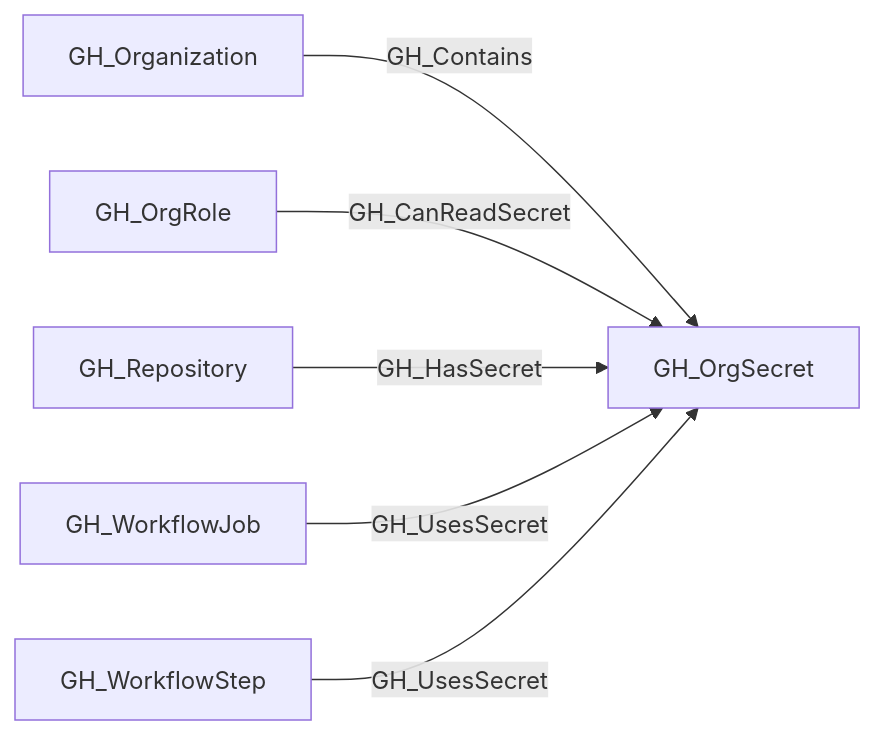
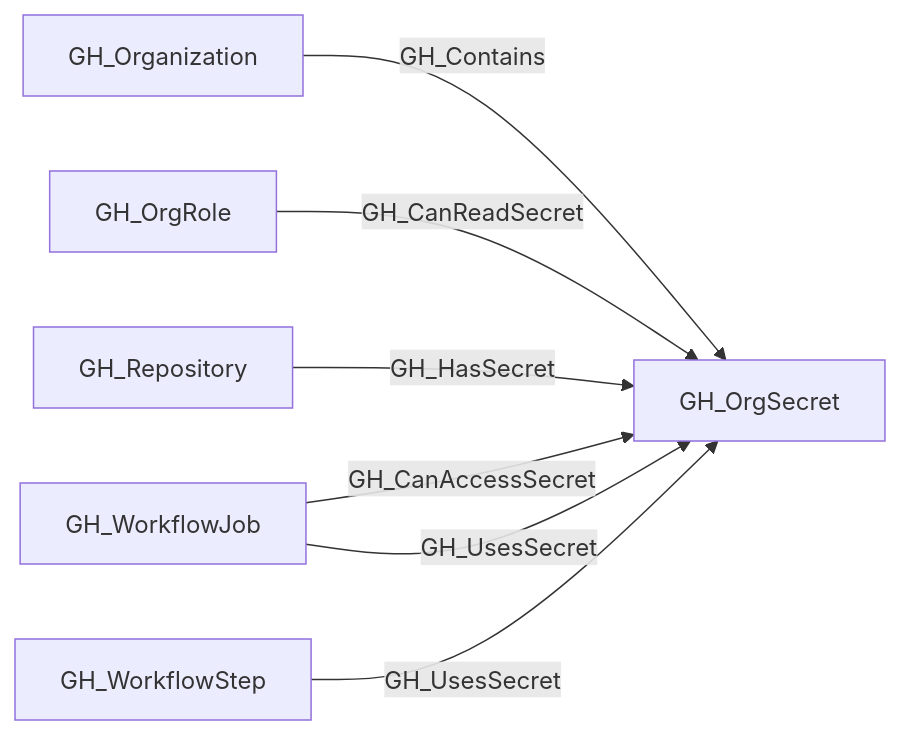
The second of 2 diagrams in docs/opengraph/extensions/github/nodes/gh_orgsecret.mdx (SpecterOps/bloodhound-docs), drawn with Mermaid before and after one commit. The commit also changed other lines of this file and 33 other files, not shown here.

````diff
--- a/docs/opengraph/extensions/github/nodes/gh_orgsecret.mdx
+++ b/docs/opengraph/extensions/github/nodes/gh_orgsecret.mdx
@@ -52,15 +53,16 @@
 ```mermaid
 flowchart LR
 
     GH_Organization["GH_Organization"]
     GH_OrgRole["GH_OrgRole"]
     GH_OrgSecret["GH_OrgSecret"]
     GH_Repository["GH_Repository"]
     GH_WorkflowJob["GH_WorkflowJob"]
     GH_WorkflowStep["GH_WorkflowStep"]
     GH_Organization -- GH_Contains --> GH_OrgSecret
     GH_OrgRole -- GH_CanReadSecret --> GH_OrgSecret
     GH_Repository -- GH_HasSecret --> GH_OrgSecret
+    GH_WorkflowJob -- GH_CanAccessSecret --> GH_OrgSecret
     GH_WorkflowJob -- GH_UsesSecret --> GH_OrgSecret
     GH_WorkflowStep -- GH_UsesSecret --> GH_OrgSecret
 ```
````
